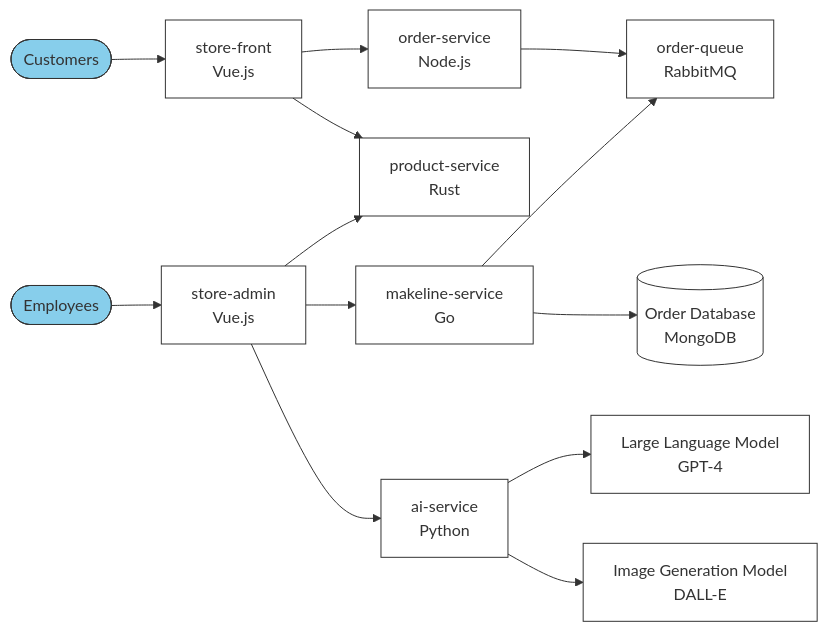
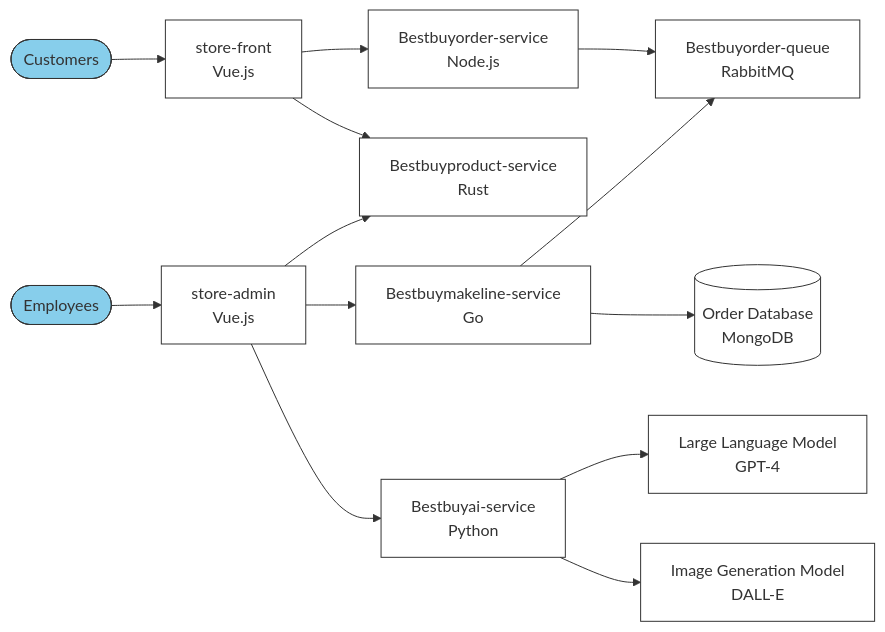
One commit to meinai-otoko/Assignment2-Full-Stack changed the diagram in README.MD. Above: the diagram before and after it, drawn with Mermaid.

````diff
--- a/README.MD
+++ b/README.MD
@@ -9,32 +9,32 @@
 ```mermaid
 graph LR
     A([Customers]) --> B[store-front<br>Vue.js]
     E([Employees]) --> F[store-admin<br>Vue.js]
     
-    B --> C[order-service<br>Node.js]
-    B --> D[product-service<br>Rust]
+    B --> C[Bestbuyorder-service<br>Node.js]
+    B --> D[Bestbuyproduct-service<br>Rust]
     
     F --> D
-    F --> G[makeline-service<br>Go]
-    F --> H[ai-service<br>Python]
+    F --> G[Bestbuymakeline-service<br>Go]
+    F --> H[Bestbuyai-service<br>Python]
     
-    C --> I[order-queue<br>RabbitMQ]
+    C --> I[Bestbuyorder-queue<br>RabbitMQ]
     G --> I
     
     G --> J[(Order Database<br>MongoDB)]
     
     H --> K[Large Language Model<br>GPT-4]
     H --> L[Image Generation Model<br>DALL-E]
 
     classDef users fill:#87CEEB,stroke:#333
     classDef services fill:#fff,stroke:#333
     classDef queue fill:#fff,stroke:#333
     classDef database fill:#fff,stroke:#333
     classDef external fill:#fff,stroke:#333
 
     class A,E users
     class B,C,D,F,G,H services
     class I queue
     class J database
     class K,L external
 ```
````
